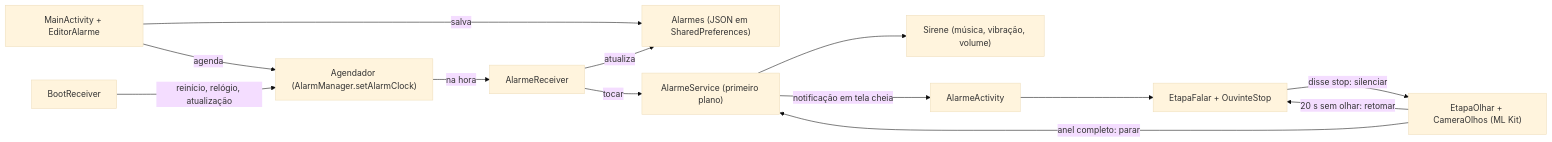
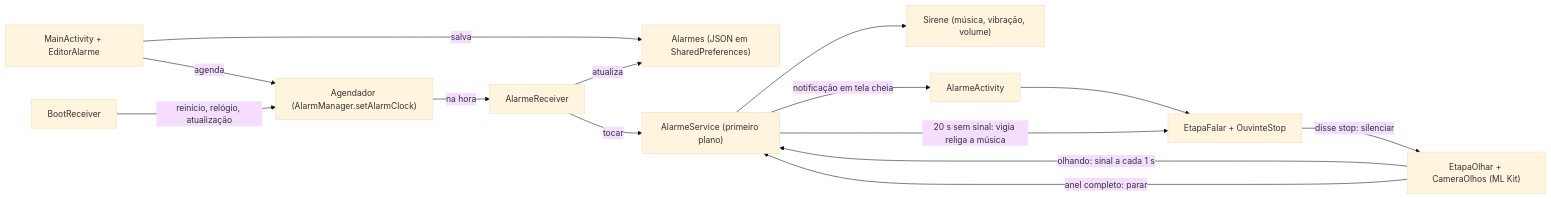
Before and after one commit to luiz-nast/alarme-implacavel: the diagram in README.md, drawn with Mermaid (base theme). The commit also changed other lines of this file and 4 other files, not shown here.

First line of the commit message:
Vigia da missão no serviço: fechar a tela não deixa a música calada

````diff
--- a/README.md
+++ b/README.md
@@ -54,15 +54,16 @@
 ```mermaid
 flowchart LR
     UI["MainActivity + EditorAlarme"] -->|salva| Repo["Alarmes (JSON em SharedPreferences)"]
     UI -->|agenda| Ag["Agendador (AlarmManager.setAlarmClock)"]
     Ag -->|na hora| Rec["AlarmeReceiver"]
     Rec -->|atualiza| Repo
     Rec -->|tocar| Svc["AlarmeService (primeiro plano)"]
     Svc --> Sir["Sirene (música, vibração, volume)"]
     Svc -->|notificação em tela cheia| Tela["AlarmeActivity"]
     Tela --> Falar["EtapaFalar + OuvinteStop"]
     Falar -->|disse stop: silenciar| Olhar["EtapaOlhar + CameraOlhos (ML Kit)"]
+    Olhar -->|olhando: sinal a cada 1 s| Svc
     Olhar -->|anel completo: parar| Svc
-    Olhar -->|20 s sem olhar: retomar| Falar
+    Svc -->|20 s sem sinal: vigia religa a música| Falar
     Boot["BootReceiver"] -->|reinício, relógio, atualização| Ag
 ```
````
